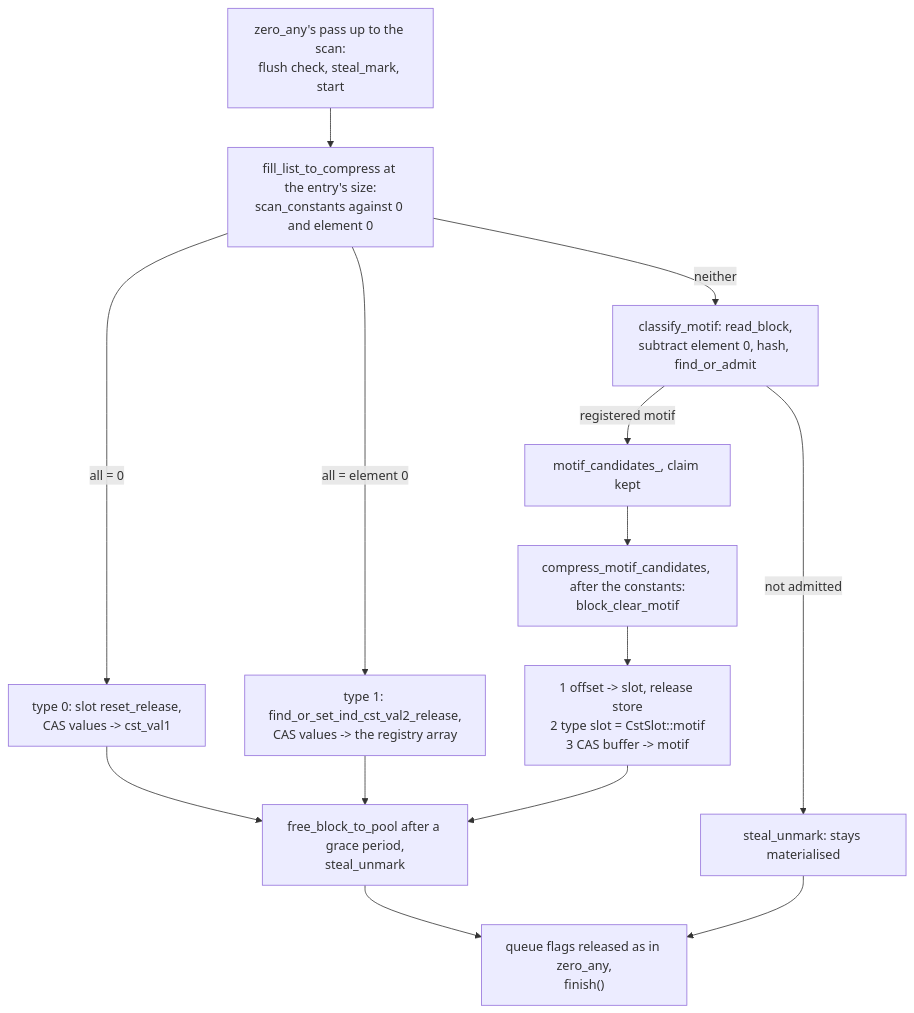
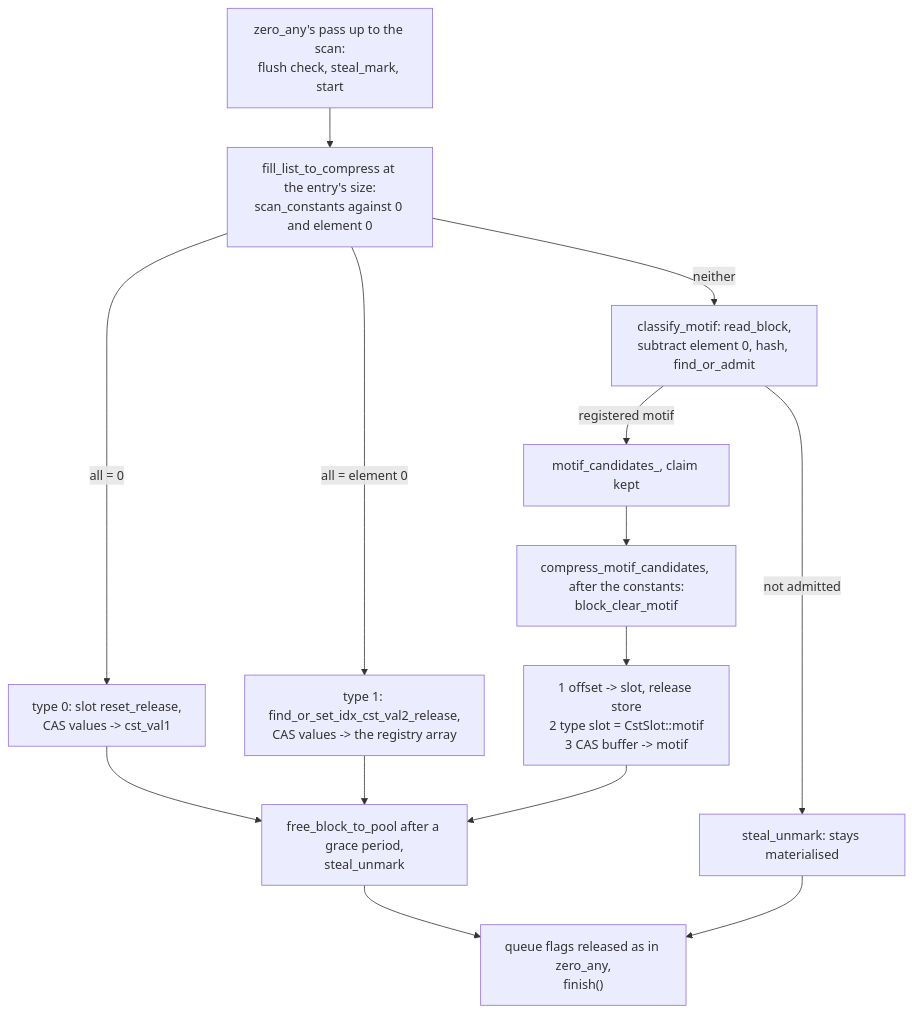
Before and after one commit to cea-hpc/shrink-array: the first of 2 diagrams in docs/algo_pattern.md, drawn with Mermaid. The commit also changed other lines of this file and 61 other files, not shown here.

First line of the commit message:
French names in English (3/4): ind (indice) is idx, IndType is IndexType

````diff
--- a/docs/algo_pattern.md
+++ b/docs/algo_pattern.md
@@ -118,16 +118,16 @@
 ```mermaid
 flowchart TD
     A["zero_any's pass up to the scan:<br/>flush check, steal_mark, start"] --> E["fill_list_to_compress at the entry's size:<br/>scan_constants against 0 and element 0"]
     E -->|"all = 0"| F["type 0: slot reset_release,<br/>CAS values -> cst_val1"]
-    E -->|"all = element 0"| G["type 1: find_or_set_ind_cst_val2_release,<br/>CAS values -> the registry array"]
+    E -->|"all = element 0"| G["type 1: find_or_set_idx_cst_val2_release,<br/>CAS values -> the registry array"]
     E -->|"neither"| M["classify_motif: read_block,<br/>subtract element 0, hash, find_or_admit"]
     M -->|"registered motif"| MC["motif_candidates_, claim kept"]
     M -->|"not admitted"| N["steal_unmark: stays materialised"]
     MC --> O["compress_motif_candidates, after the constants:<br/>block_clear_motif"]
     O --> O1["1 offset -> slot, release store<br/>2 type slot = CstSlot::motif<br/>3 CAS buffer -> motif"]
     F --> R["free_block_to_pool after a grace period,<br/>steal_unmark"]
     G --> R
     O1 --> R
     R --> K["queue flags released as in zero_any,<br/>finish()"]
     N --> K
 ```
````
